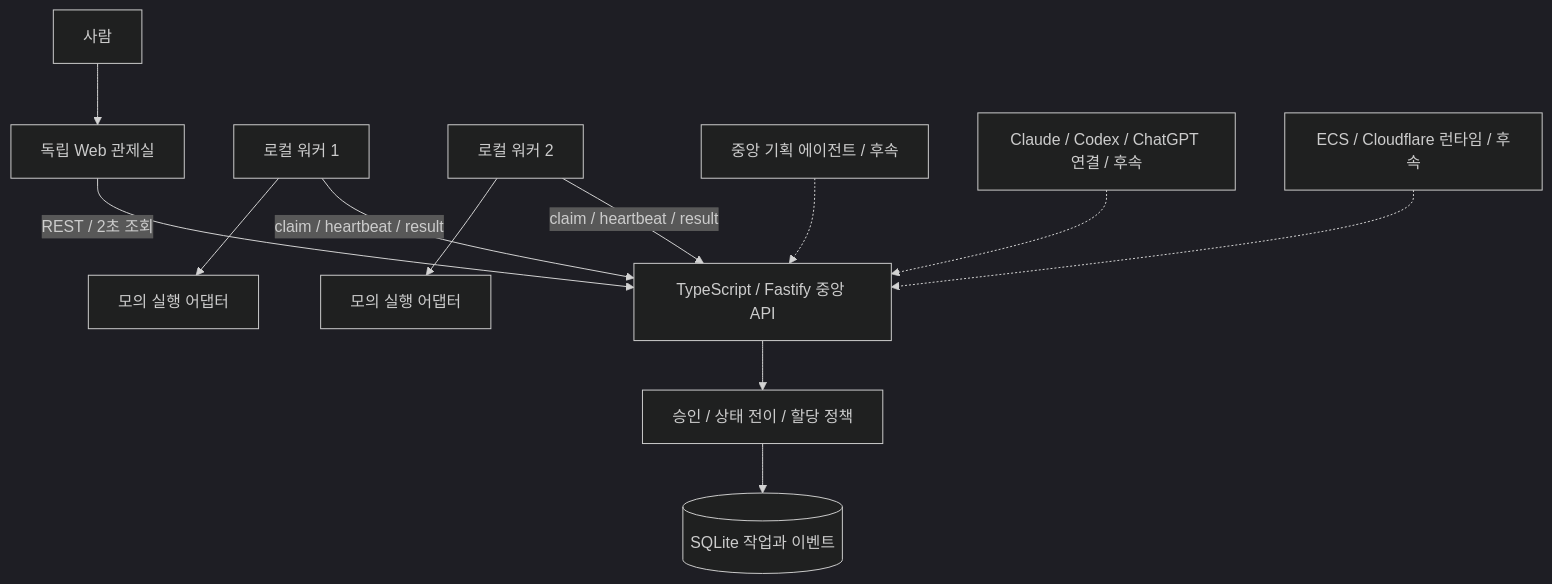
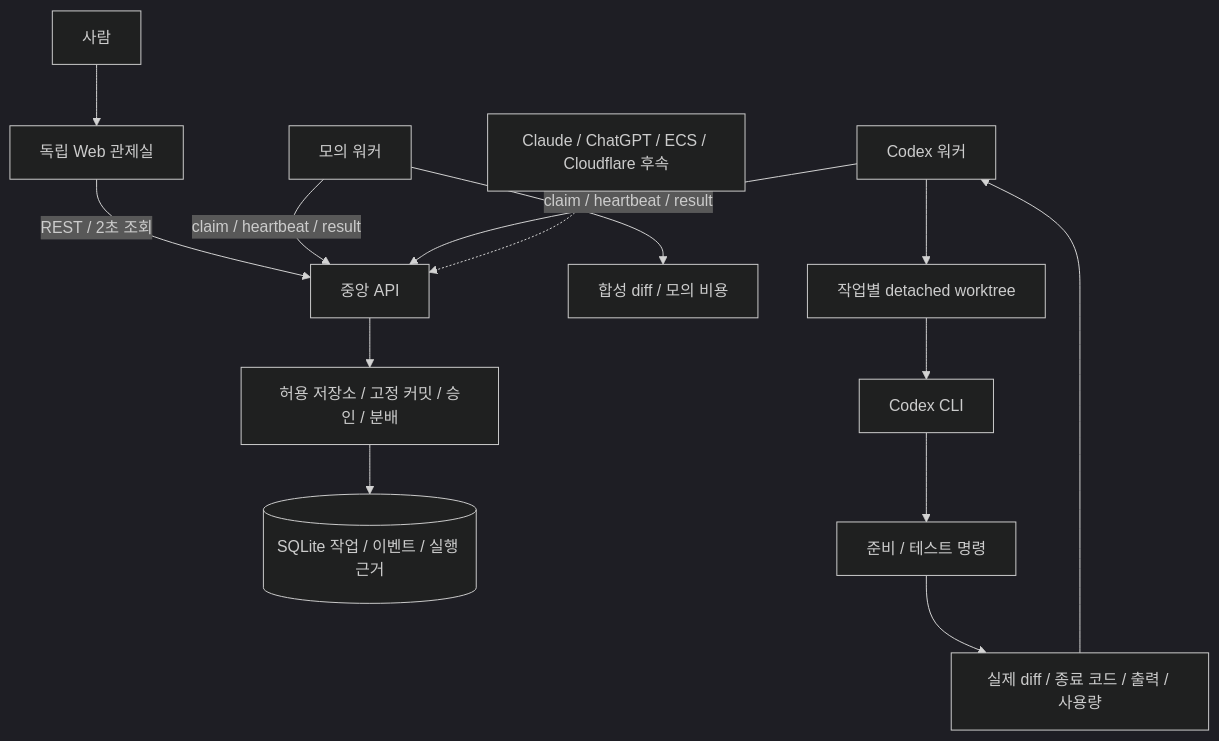
Before and after one commit to roboco-io/project-hivemind: the first of 2 diagrams in docs/architecture.md, drawn with Mermaid (dark theme). The commit also changed other lines of this file and 8 other files, not shown here.

````diff
--- a/docs/architecture.md
+++ b/docs/architecture.md
@@ -13,14 +10,16 @@
 ```mermaid
 flowchart TB
     Human[사람] --> Web[독립 Web 관제실]
-    Web -->|REST / 2초 조회| API[TypeScript / Fastify 중앙 API]
-    API --> Policy[승인 / 상태 전이 / 할당 정책]
-    Policy --> DB[(SQLite 작업과 이벤트)]
-    W1[로컬 워커 1] -->|claim / heartbeat / result| API
-    W2[로컬 워커 2] -->|claim / heartbeat / result| API
-    W1 --> Mock1[모의 실행 어댑터]
-    W2 --> Mock2[모의 실행 어댑터]
-    AI[중앙 기획 에이전트 / 후속] -.-> API
-    MCP[Claude / Codex / ChatGPT 연결 / 후속] -.-> API
-    Remote[ECS / Cloudflare 런타임 / 후속] -.-> API
+    Web -->|REST / 2초 조회| API[중앙 API]
+    API --> Policy[허용 저장소 / 고정 커밋 / 승인 / 분배]
+    Policy --> DB[(SQLite 작업 / 이벤트 / 실행 근거)]
+    MW[모의 워커] -->|claim / heartbeat / result| API
+    CW[Codex 워커] -->|claim / heartbeat / result| API
+    MW --> Mock[합성 diff / 모의 비용]
+    CW --> WT[작업별 detached worktree]
+    WT --> Codex[Codex CLI]
+    Codex --> Test[준비 / 테스트 명령]
+    Test --> Evidence[실제 diff / 종료 코드 / 출력 / 사용량]
+    Evidence --> CW
+    Future[Claude / ChatGPT / ECS / Cloudflare 후속] -.-> API
 ```
````
